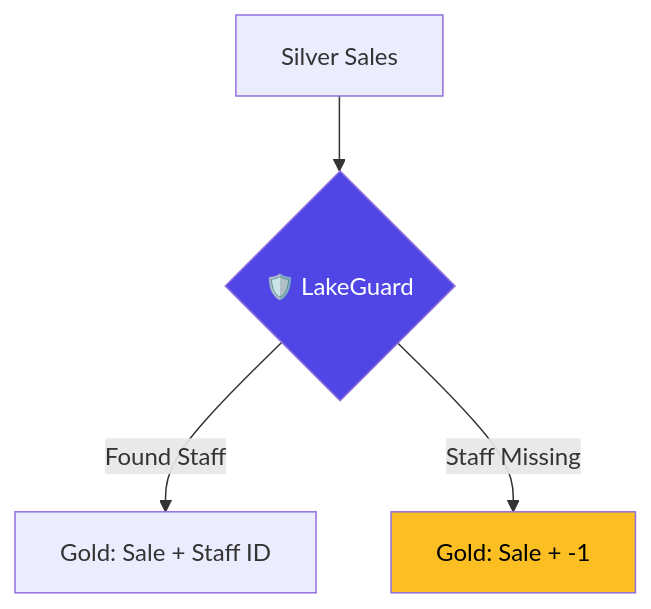
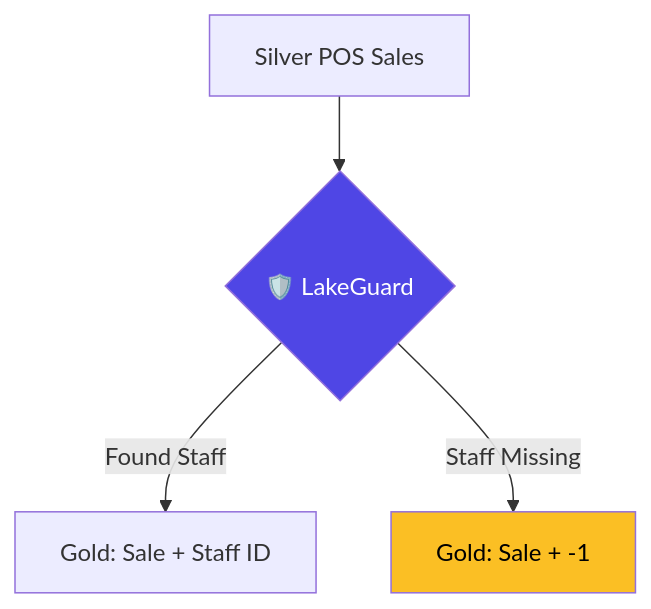
Before and after one commit to LakeLogic/LakeLogic: the diagram in docs/examples/sales_gold.md, drawn with Mermaid. The commit also changed other lines of this file and 114 other files, not shown here.

````diff
--- a/docs/examples/sales_gold.md
+++ b/docs/examples/sales_gold.md
@@ -50,9 +89,9 @@
 ```mermaid
 graph TD
-    A[Silver Sales] --> B{🛡️ LakeGuard}
+    A[Silver POS Sales] --> B{🛡️ LakeGuard}
     B -->|Found Staff| C[Gold: Sale + Staff ID]
     B -->|Staff Missing| D[Gold: Sale + -1]
     
     style B fill:#4f46e5,color:#fff
     style D fill:#fbbf24,color:#000
 ```
````
